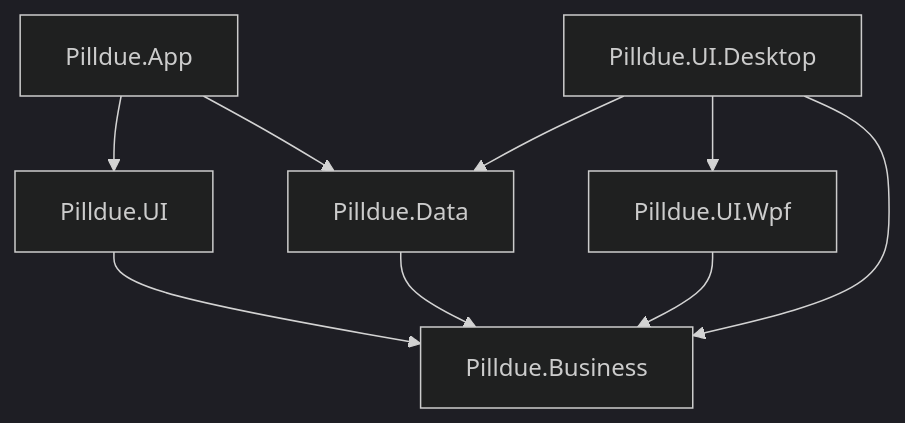
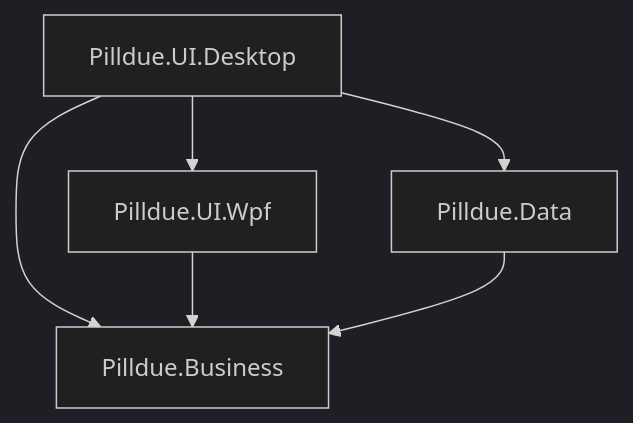
Before and after one commit to djordjevics/pilldue: the diagram in docs/architecture.md, drawn with Mermaid (dark theme). The commit also changed other lines of this file and 34 other files, not shown here.

````diff
--- a/docs/architecture.md
+++ b/docs/architecture.md
@@ -59,11 +57,8 @@
 ```mermaid
 flowchart TB
-  App[Pilldue.App] --> UI[Pilldue.UI]
-  App --> Data[Pilldue.Data]
-  Desktop[Pilldue.UI.Desktop] --> Data
+  Desktop[Pilldue.UI.Desktop] --> Data[Pilldue.Data]
   Desktop --> Wpf[Pilldue.UI.Wpf]
   Desktop --> Business[Pilldue.Business]
-  UI --> Business
   Wpf --> Business
   Data --> Business
 ```
````
